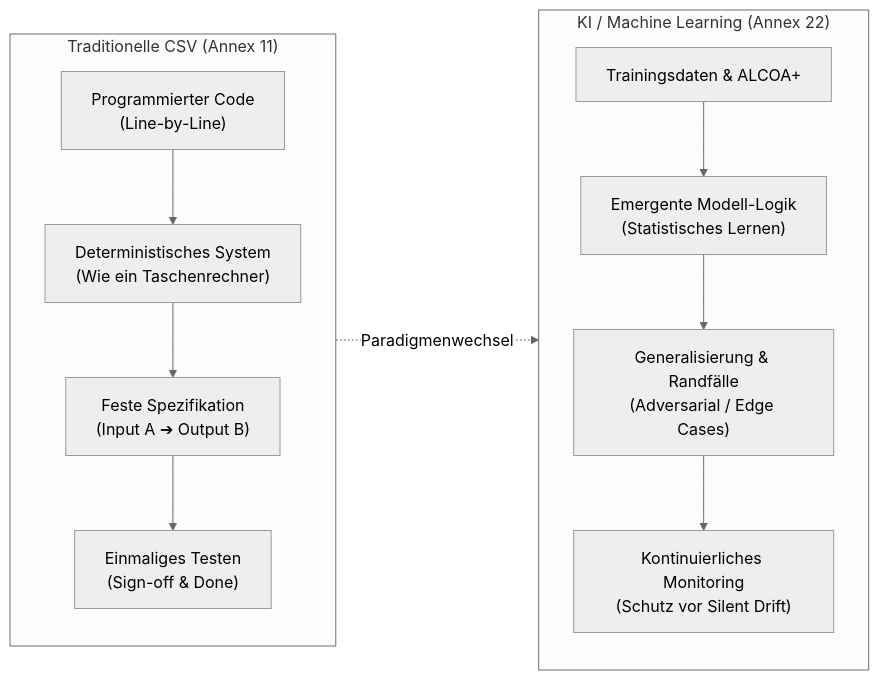
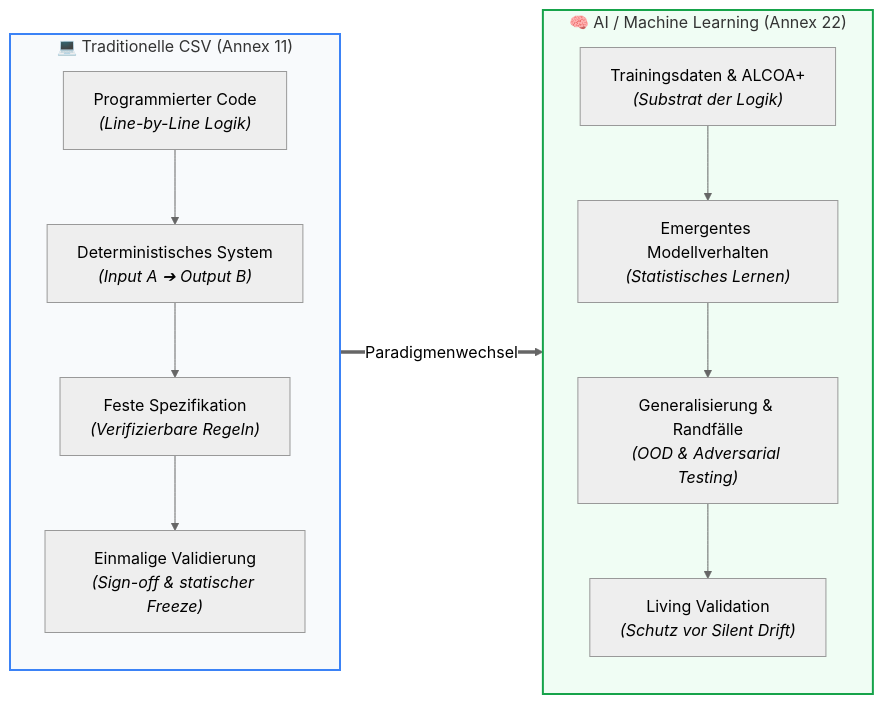
The diagram in docs/de/module_01_introduction_ai_gxp.md (Lunaman06/Annex22), drawn with Mermaid (neutral theme) before and after one commit. The commit also changed 29 other files, not shown here.

Commit message:
style(docs): optimize mermaid diagram aspect ratios, edge flows and legibility across all DE and EN modules

````diff
--- a/docs/de/module_01_introduction_ai_gxp.md
+++ b/docs/de/module_01_introduction_ai_gxp.md
@@ -13,18 +13,21 @@
 ```mermaid
-graph LR
-    subgraph A11["Traditionelle CSV (Annex 11)"]
+flowchart LR
+    subgraph A11["💻 Traditionelle CSV (Annex 11)"]
         direction TB
-        A1["Programmierter Code<br/>(Line-by-Line)"] --> A2["Deterministisches System<br/>(Wie ein Taschenrechner)"]
-        A2 --> A3["Feste Spezifikation<br/>(Input A ➔ Output B)"]
-        A3 --> A4["Einmaliges Testen<br/>(Sign-off & Done)"]
+        A1["Programmierter Code<br/><i>(Line-by-Line Logik)</i>"] --> A2["Deterministisches System<br/><i>(Input A ➔ Output B)</i>"]
+        A2 --> A3["Feste Spezifikation<br/><i>(Verifizierbare Regeln)</i>"]
+        A3 --> A4["Einmalige Validierung<br/><i>(Sign-off & statischer Freeze)</i>"]
     end
 
-    subgraph A22["KI / Machine Learning (Annex 22)"]
+    subgraph A22["🧠 AI / Machine Learning (Annex 22)"]
         direction TB
-        B1["Trainingsdaten & ALCOA+"] --> B2["Emergente Modell-Logik<br/>(Statistisches Lernen)"]
-        B2 --> B3["Generalisierung & Randfälle<br/>(Adversarial / Edge Cases)"]
-        B3 --> B4["Kontinuierliches Monitoring<br/>(Schutz vor Silent Drift)"]
+        B1["Trainingsdaten & ALCOA+<br/><i>(Substrat der Logik)</i>"] --> B2["Emergentes Modellverhalten<br/><i>(Statistisches Lernen)</i>"]
+        B2 --> B3["Generalisierung & Randfälle<br/><i>(OOD & Adversarial Testing)</i>"]
+        B3 --> B4["Living Validation<br/><i>(Schutz vor Silent Drift)</i>"]
     end
 
-    A11 -. "Paradigmenwechsel" .-> A22
+    A11 ==>|"Paradigmenwechsel"| A22
+
+    style A11 fill:#f8fafc,stroke:#3b82f6,stroke-width:2px
+    style A22 fill:#f0fdf4,stroke:#16a34a,stroke-width:2px
 ```
````
